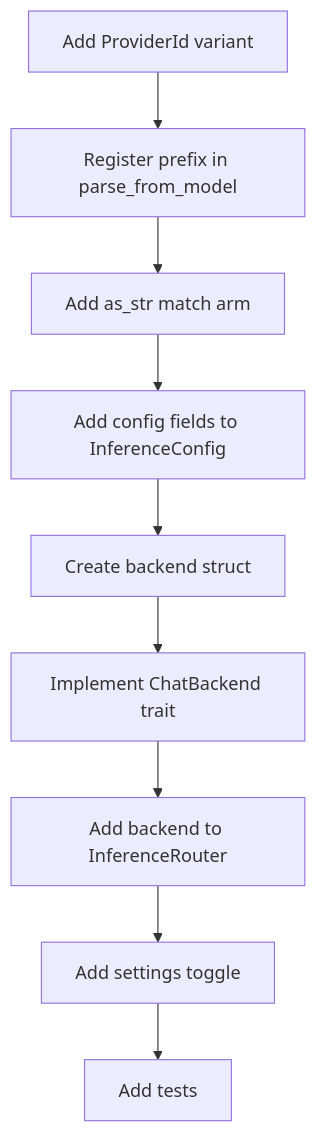
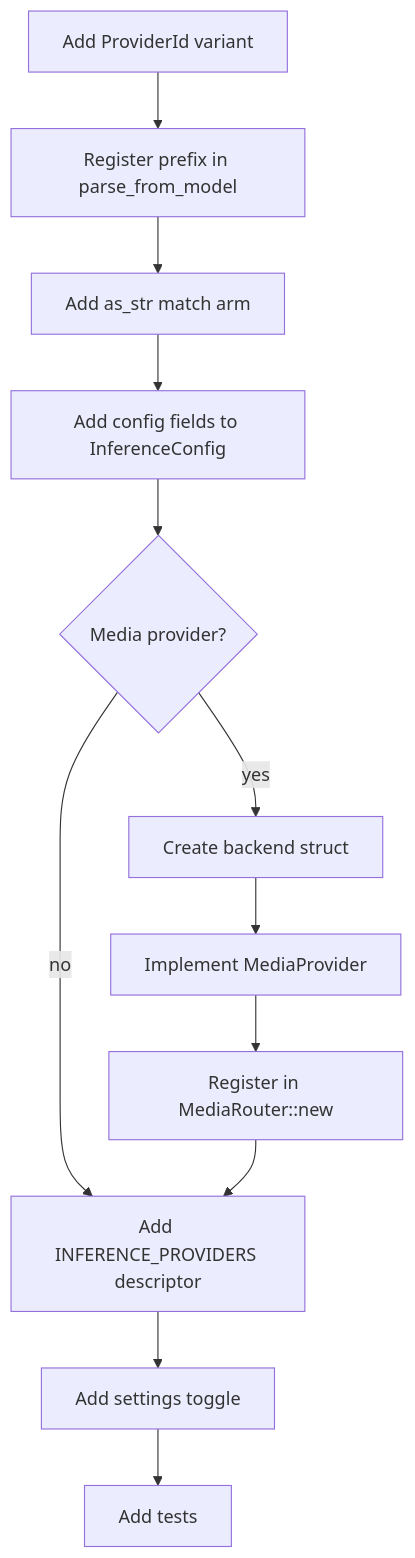
The diagram in kask/docs/diataxis/hkask-inference/how-to.md (mdz-axo/zed-kask), drawn with Mermaid before and after one commit. The commit also changed other lines of this file and 9 other files, not shown here.

````diff
--- a/kask/docs/diataxis/hkask-inference/how-to.md
+++ b/kask/docs/diataxis/hkask-inference/how-to.md
@@ -32,11 +42,14 @@
 ```mermaid
 flowchart TD
     A[Add ProviderId variant] --> B[Register prefix in parse_from_model]
     B --> C[Add as_str match arm]
     C --> D[Add config fields to InferenceConfig]
-    D --> E[Create backend struct]
-    E --> F[Implement ChatBackend trait]
-    F --> G[Add backend to InferenceRouter]
-    G --> H[Add settings toggle]
-    H --> I[Add tests]
+    D --> E{Media provider?}
+    E -- yes --> F[Create backend struct]
+    F --> G[Implement MediaProvider]
+    G --> H[Register in MediaRouter::new]
+    E -- no --> I[Add INFERENCE_PROVIDERS descriptor]
+    H --> I
+    I --> J[Add settings toggle]
+    J --> K[Add tests]
 ```
````
